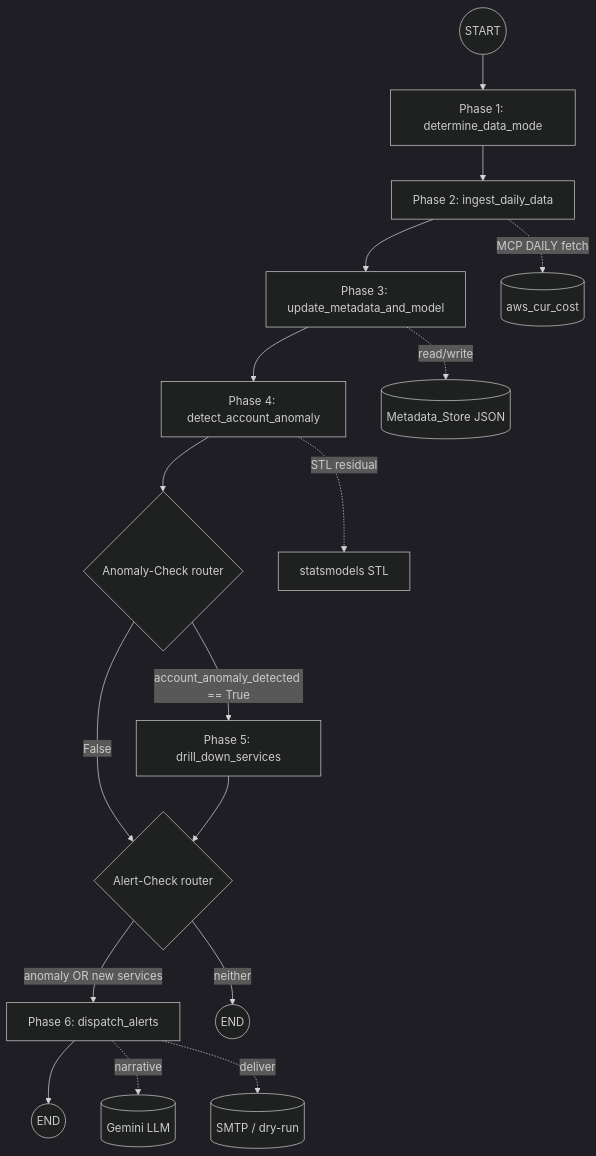
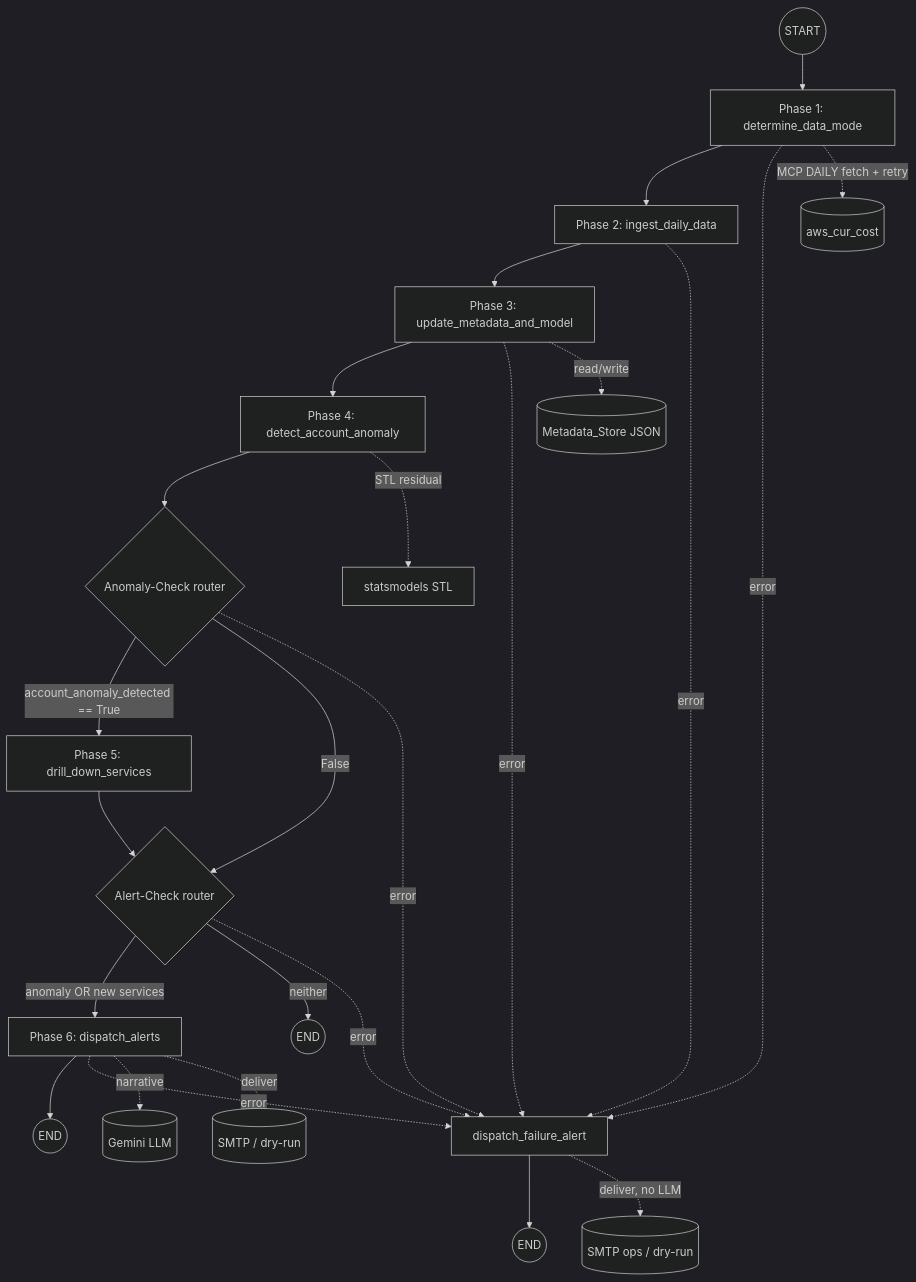
Before and after one commit to PatsyJane/CCIP: the diagram in .kiro/specs/ccip-langgraph-anomaly/design.md, drawn with Mermaid (dark theme). The commit also changed other lines of this file and 39 other files, not shown here.

````diff
--- a/.kiro/specs/ccip-langgraph-anomaly/design.md
+++ b/.kiro/specs/ccip-langgraph-anomaly/design.md
@@ -51,20 +63,29 @@
 ```mermaid
 flowchart TD
     START((START)) --> P1[Phase 1: determine_data_mode]
     P1 --> P2[Phase 2: ingest_daily_data]
     P2 --> P3[Phase 3: update_metadata_and_model]
     P3 --> P4[Phase 4: detect_account_anomaly]
     P4 --> RA{Anomaly-Check router}
     RA -->|account_anomaly_detected == True| P5[Phase 5: drill_down_services]
     RA -->|False| RB{Alert-Check router}
     P5 --> RB
     RB -->|anomaly OR new services| P6[Phase 6: dispatch_alerts]
     RB -->|neither| END1((END))
     P6 --> END2((END))
 
-    P2 -.->|MCP DAILY fetch| CT[(aws_cur_cost)]
+    P1 -.->|error| PF[dispatch_failure_alert]
+    P2 -.->|error| PF
+    P3 -.->|error| PF
+    RA -.->|error| PF
+    RB -.->|error| PF
+    P6 -.->|error| PF
+    PF --> ENDF((END))
+
+    P1 -.->|MCP DAILY fetch + retry| CT[(aws_cur_cost)]
     P3 -.->|read/write| MS[(Metadata_Store JSON)]
     P4 -.->|STL residual| STL[statsmodels STL]
     P6 -.->|narrative| LLM[(Gemini LLM)]
     P6 -.->|deliver| SMTP[(SMTP / dry-run)]
+    PF -.->|deliver, no LLM| SMTPF[(SMTP ops / dry-run)]
 ```
````
